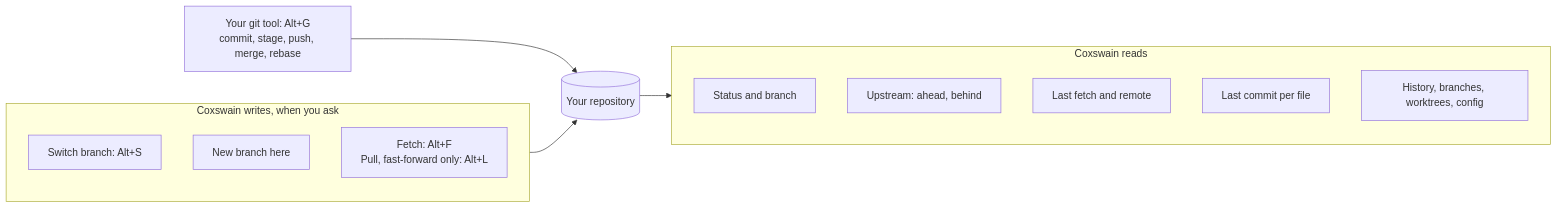
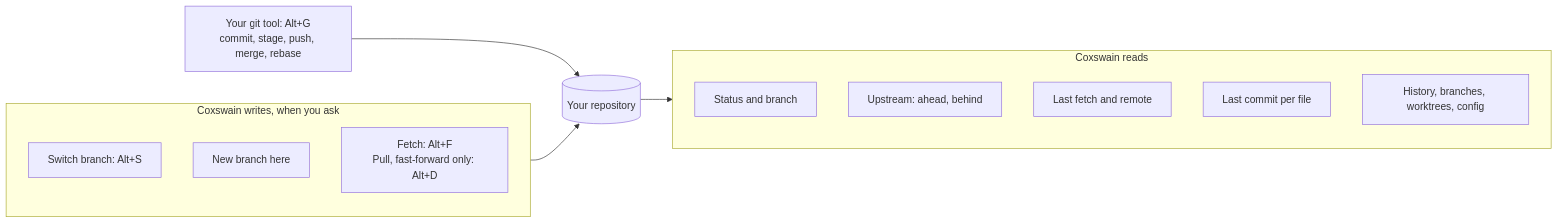
The diagram in docs/panels/git.md (mwo-dk/coxswain), drawn with Mermaid before and after one commit. The commit also changed other lines of this file and 17 other files, not shown here.

````diff
--- a/docs/panels/git.md
+++ b/docs/panels/git.md
@@ -63,20 +63,20 @@
 ```mermaid
 flowchart LR
     repo[("Your repository")]
     subgraph reads["Coxswain reads"]
         r1["Status and branch"]
         r2["Upstream: ahead, behind"]
         r3["Last fetch and remote"]
         r4["Last commit per file"]
         r5["History, branches, worktrees, config"]
     end
     subgraph writes["Coxswain writes, when you ask"]
         w1["Switch branch: Alt+S"]
         w2["New branch here"]
-        w3["Fetch: Alt+F<br/>Pull, fast-forward only: Alt+L"]
+        w3["Fetch: Alt+F<br/>Pull, fast-forward only: Alt+D"]
     end
     tool["Your git tool: Alt+G<br/>commit, stage, push, merge, rebase"]
     repo --> reads
     writes --> repo
     tool --> repo
 ```
````
